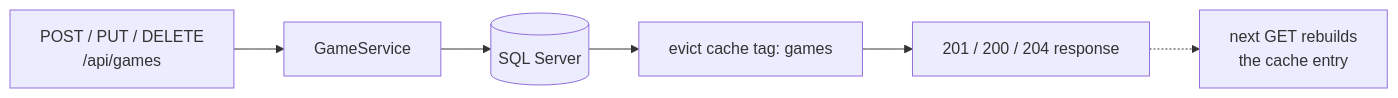
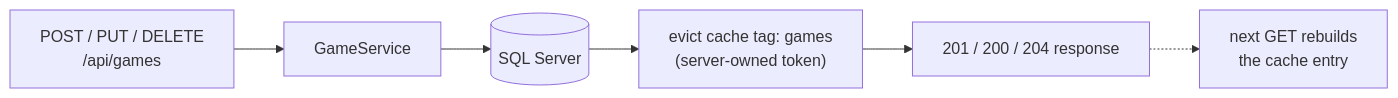
Before and after one commit to ivashchenko999/dlcg: the second of 3 diagrams in backend/README.md, drawn with Mermaid. The commit also changed other lines of this file and 13 other files, not shown here.

````diff
--- a/backend/README.md
+++ b/backend/README.md
@@ -95,8 +97,8 @@
 ```mermaid
 flowchart LR
     W["POST / PUT / DELETE<br/>/api/games"] --> S["GameService"]
     S --> DB[("SQL Server")]
-    DB --> E["evict cache tag: games"]
+    DB --> E["evict cache tag: games<br/>(server-owned token)"]
     E --> R["201 / 200 / 204 response"]
     R -.-> G["next GET rebuilds<br/>the cache entry"]
 ```
````
